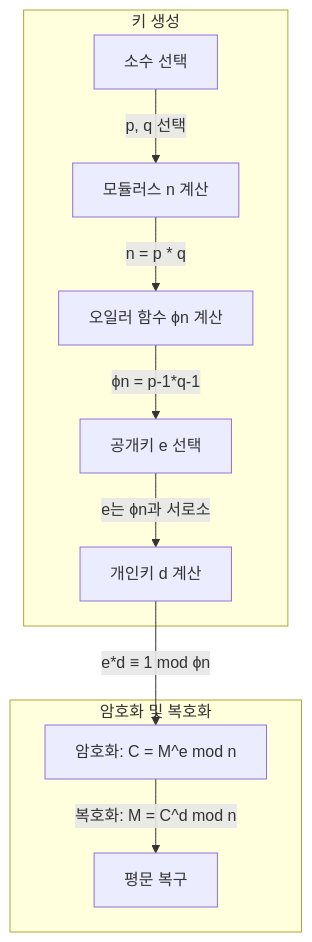
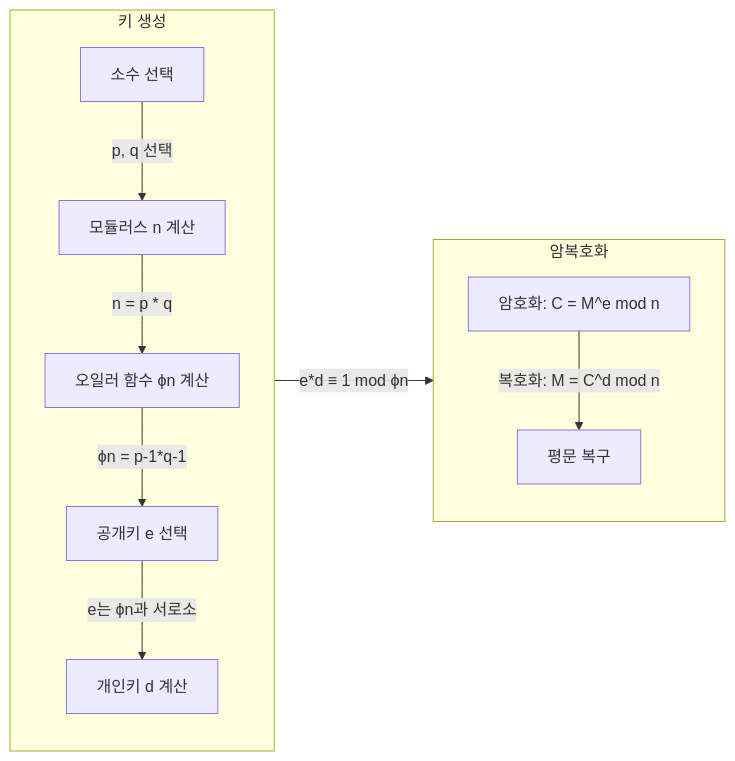
The diagram in blog/pe/sec/rsa.md (gracefullight/gracefullight.github.io), drawn with Mermaid before and after one commit. The commit also changed 29 other files, not shown here.

````diff
--- a/blog/pe/sec/rsa.md
+++ b/blog/pe/sec/rsa.md
@@ -20,14 +20,15 @@
 ```mermaid
-graph TB
-    subgraph 키 생성
+graph LR
+    subgraph 키생성[키 생성]
       A[소수 선택] -->|p, q 선택| B[모듈러스 n 계산]
       B -->|n = p * q| C[오일러 함수 ϕn 계산]
       C -->|ϕn = p-1*q-1| D[공개키 e 선택]
       D -->|e는 ϕn과 서로소| E[개인키 d 계산]
     end
 
-    subgraph 암호화 및 복호화
-         E -->|e*d ≡ 1 mod ϕn| F[암호화: C = M^e mod n]
-        F -->|복호화: M = C^d mod n| G[평문 복구]
+    키생성 -->|e*d ≡ 1 mod ϕn| 암복호화
+
+    subgraph 암복호화
+      F[암호화: C = M^e mod n] -->|복호화: M = C^d mod n| G[평문 복구]
     end
 ```
````
